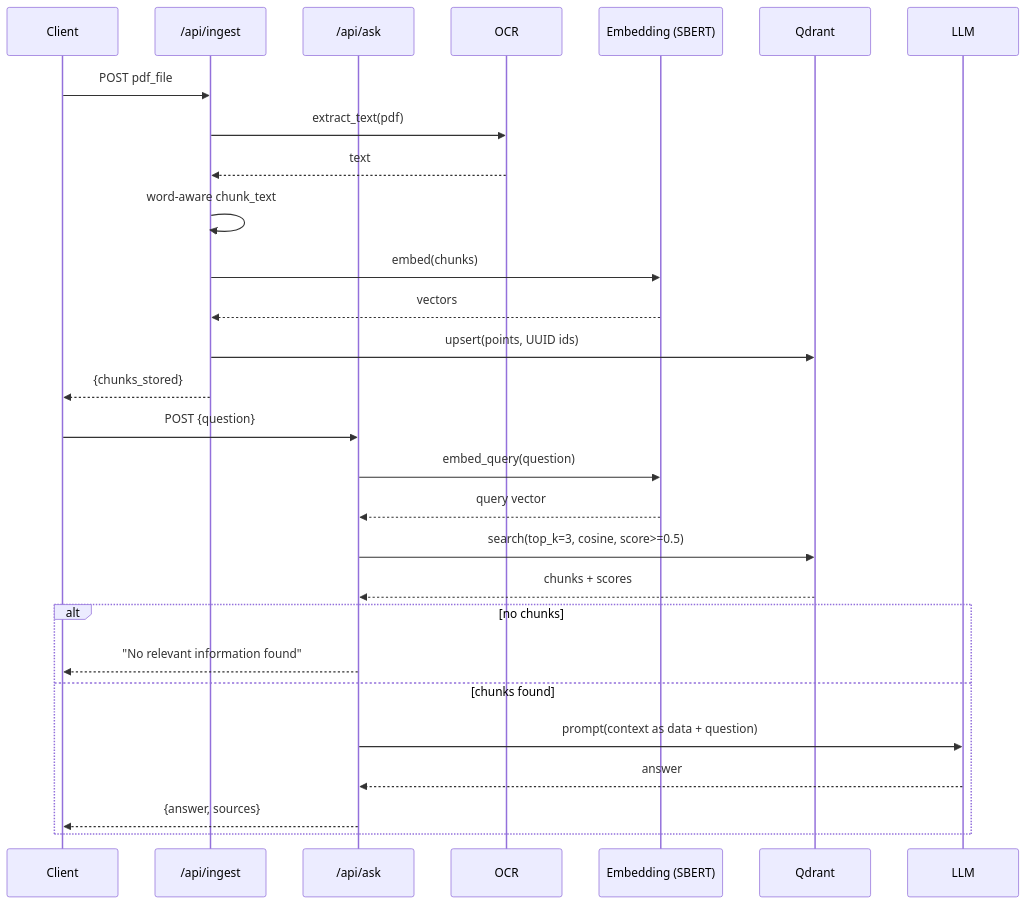
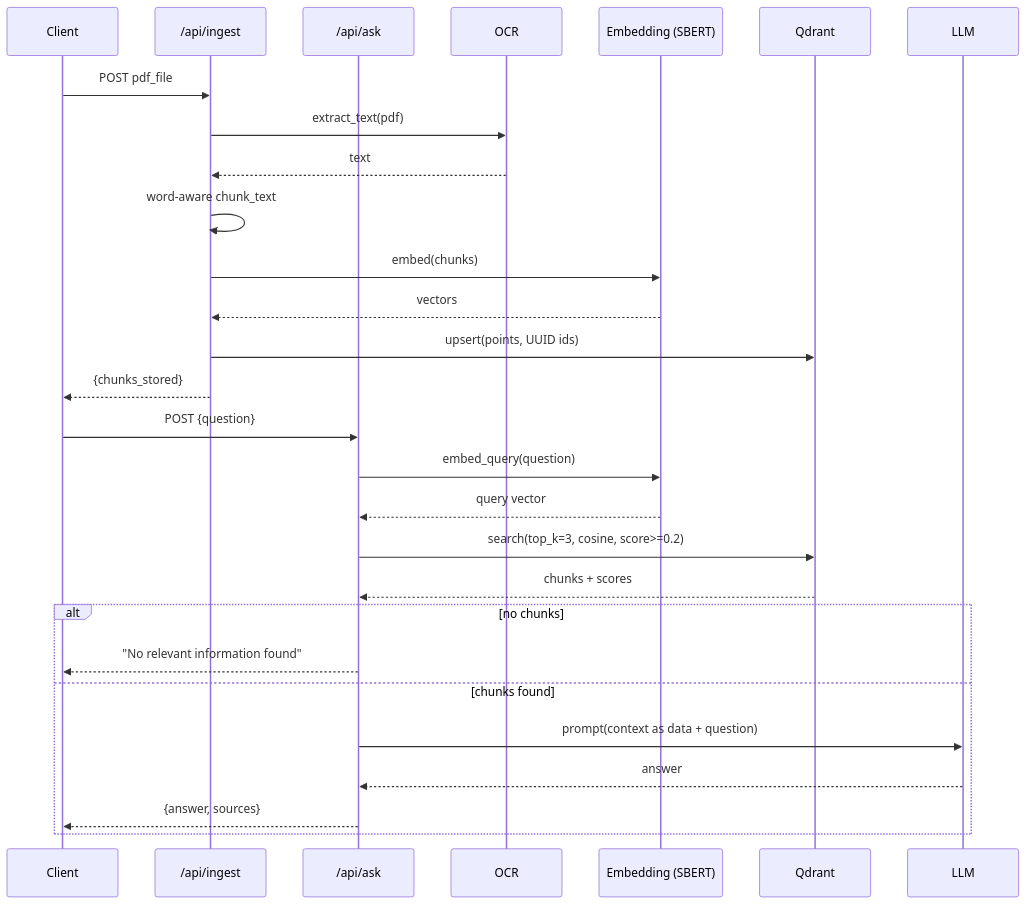
The third of 3 diagrams in DESIGN.md (anvasquezre-cuesta/AI-Architect-Test), drawn with Mermaid before and after one commit. The commit also changed other lines of this file and 2 other files, not shown here.

````diff
--- a/DESIGN.md
+++ b/DESIGN.md
@@ -97,32 +97,32 @@
 ```mermaid
 sequenceDiagram
     participant C as Client
     participant I as /api/ingest
     participant K as /api/ask
     participant O as OCR
     participant E as Embedding (SBERT)
     participant Q as Qdrant
     participant L as LLM
 
     C->>I: POST pdf_file
     I->>O: extract_text(pdf)
     O-->>I: text
     I->>I: word-aware chunk_text
     I->>E: embed(chunks)
     E-->>I: vectors
     I->>Q: upsert(points, UUID ids)
     I-->>C: {chunks_stored}
 
     C->>K: POST {question}
     K->>E: embed_query(question)
     E-->>K: query vector
-    K->>Q: search(top_k=3, cosine, score>=0.5)
+    K->>Q: search(top_k=3, cosine, score>=0.2)
     Q-->>K: chunks + scores
     alt no chunks
         K-->>C: "No relevant information found"
     else chunks found
         K->>L: prompt(context as data + question)
         L-->>K: answer
         K-->>C: {answer, sources}
     end
 ```
````
